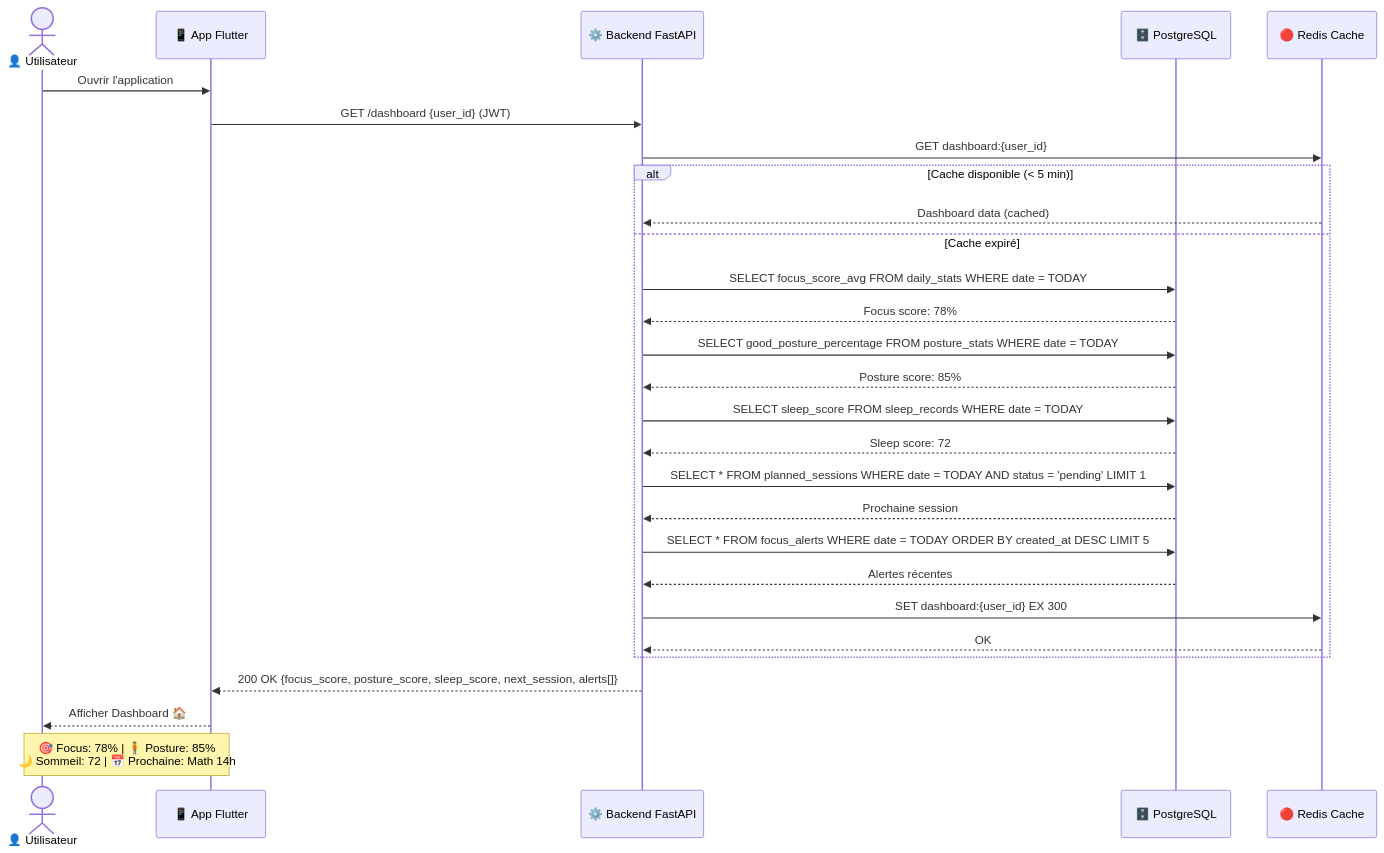
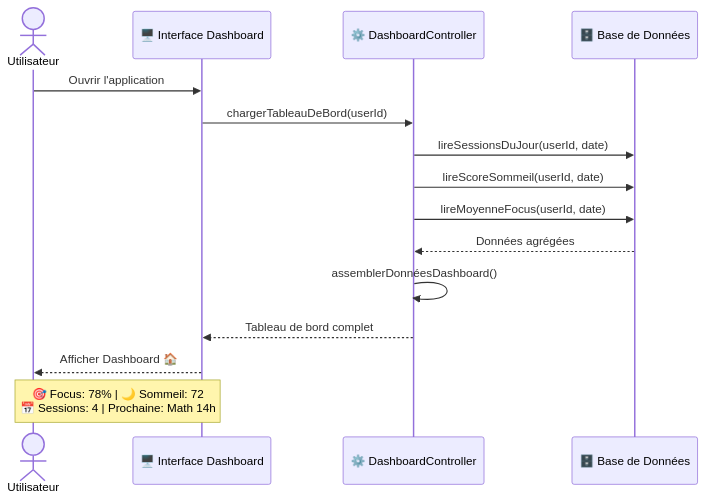
Diagram 15 of 16 in docs/Conception_DiagrammeSequence.md (Jkacem/smart_focus), drawn with Mermaid before and after one commit. The commit also changed other lines of this file and 93 other files, not shown here.

````diff
--- a/docs/Conception_DiagrammeSequence.md
+++ b/docs/Conception_DiagrammeSequence.md
@@ -708,40 +451,21 @@
 ```mermaid
 sequenceDiagram
-    actor User as 👤 Utilisateur
-    participant App as 📱 App Flutter
-    participant API as ⚙️ Backend FastAPI
-    participant DB as 🗄️ PostgreSQL
-    participant Redis as 🔴 Redis Cache
+    actor Utilisateur
+    participant B as 🖥️ Interface Dashboard
+    participant C as ⚙️ DashboardController
+    participant E as 🗄️ Base de Données
 
-    User->>App: Ouvrir l'application
-    App->>API: GET /dashboard {user_id} (JWT)
-    
-    API->>Redis: GET dashboard:{user_id}
-    
-    alt Cache disponible (< 5 min)
-        Redis-->>API: Dashboard data (cached)
-    else Cache expiré
-        API->>DB: SELECT focus_score_avg FROM daily_stats WHERE date = TODAY
-        DB-->>API: Focus score: 78%
-        
-        API->>DB: SELECT good_posture_percentage FROM posture_stats WHERE date = TODAY
-        DB-->>API: Posture score: 85%
-        
-        API->>DB: SELECT sleep_score FROM sleep_records WHERE date = TODAY
-        DB-->>API: Sleep score: 72
-        
-        API->>DB: SELECT * FROM planned_sessions WHERE date = TODAY AND status = 'pending' LIMIT 1
-        DB-->>API: Prochaine session
-        
-        API->>DB: SELECT * FROM focus_alerts WHERE date = TODAY ORDER BY created_at DESC LIMIT 5
-        DB-->>API: Alertes récentes
-        
-        API->>Redis: SET dashboard:{user_id} EX 300
-        Redis-->>API: OK
-    end
-    
-    API-->>App: 200 OK {focus_score, posture_score, sleep_score, next_session, alerts[]}
-    App-->>User: Afficher Dashboard 🏠
-    
-    Note over App, User: 🎯 Focus: 78% | 🧍 Posture: 85%<br/>🌙 Sommeil: 72 | 📅 Prochaine: Math 14h
+    Utilisateur->>B: Ouvrir l'application
+    B->>C: chargerTableauDeBord(userId)
+
+    C->>E: lireSessionsDuJour(userId, date)
+    C->>E: lireScoreSommeil(userId, date)
+    C->>E: lireMoyenneFocus(userId, date)
+    E-->>C: Données agrégées
+
+    C->>C: assemblerDonnéesDashboard()
+    C-->>B: Tableau de bord complet
+    B-->>Utilisateur: Afficher Dashboard 🏠
+
+    Note over B, Utilisateur: 🎯 Focus: 78% | 🌙 Sommeil: 72<br/>📅 Sessions: 4 | Prochaine: Math 14h
 ```
````
